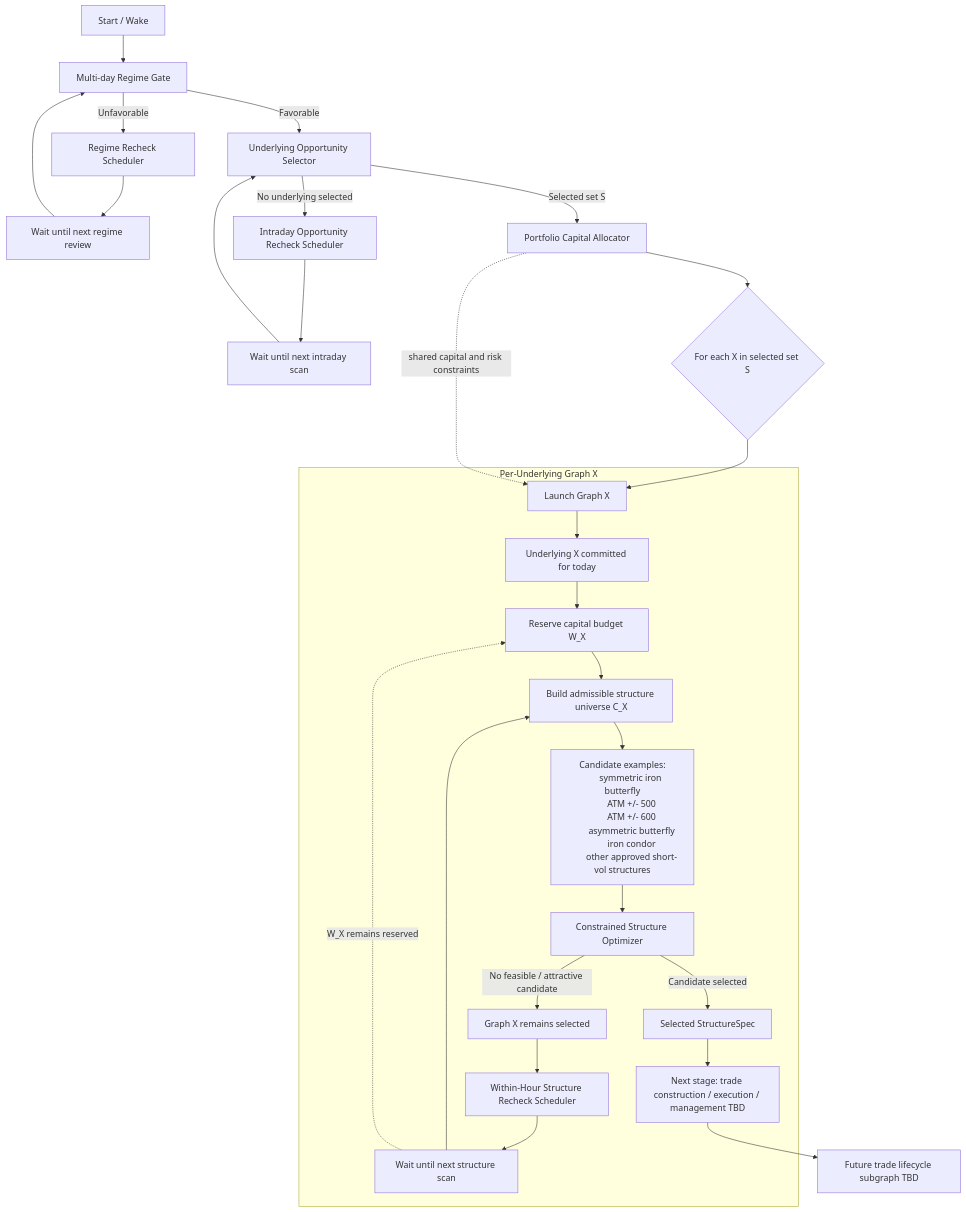
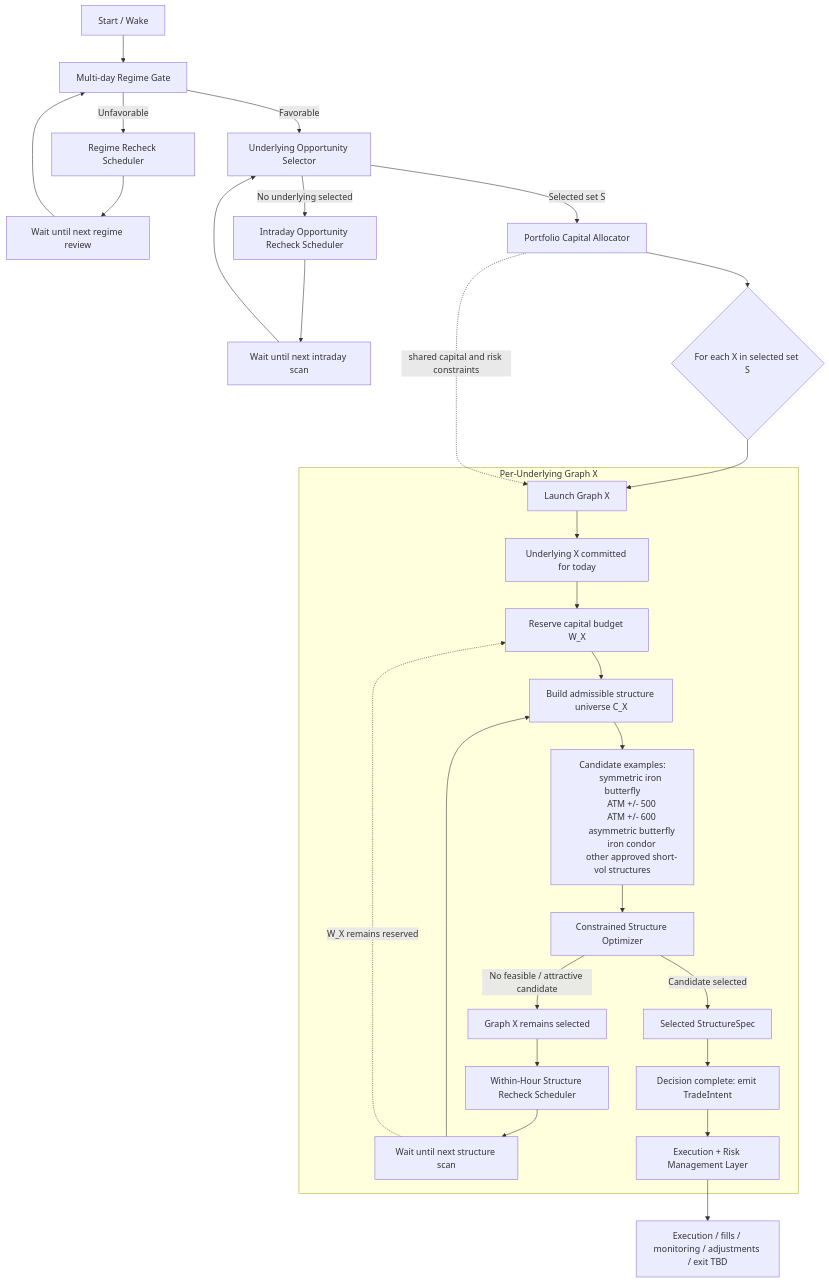
One commit to ayyararyan/volarb changed the diagram in docs/autonomous-butterfly-workflow.md. Above: the diagram before and after it, drawn with Mermaid. The commit also changed other lines of this file, not shown here.

Commit message:
Add execution and risk management handoff to workflow graph

````diff
--- a/docs/autonomous-butterfly-workflow.md
+++ b/docs/autonomous-butterfly-workflow.md
@@ -9,50 +9,51 @@
 ```mermaid
 flowchart TD
 
     A[Start / Wake] --> B[Multi-day Regime Gate]
 
     B -->|Unfavorable| C[Regime Recheck Scheduler]
     C --> D[Wait until next regime review]
     D --> B
 
     B -->|Favorable| E[Underlying Opportunity Selector]
 
     E -->|No underlying selected| F[Intraday Opportunity Recheck Scheduler]
     F --> G[Wait until next intraday scan]
     G --> E
 
     E -->|Selected set S| H[Portfolio Capital Allocator]
 
     H --> I{For each X in selected set S}
 
     I --> JX[Launch Graph X]
 
     subgraph GX["Per-Underlying Graph X"]
         JX --> KX[Underlying X committed for today]
         KX --> KXR[Reserve capital budget W_X]
         KXR --> LX[Build admissible structure universe C_X]
 
         LX --> MX["Candidate examples:
         symmetric iron butterfly
         ATM +/- 500
         ATM +/- 600
         asymmetric butterfly
         iron condor
         other approved short-vol structures"]
 
         MX --> NX[Constrained Structure Optimizer]
 
         NX -->|No feasible / attractive candidate| OX[Graph X remains selected]
         OX --> PX[Within-Hour Structure Recheck Scheduler]
         PX --> WX[Wait until next structure scan]
         WX --> LX
         WX -. W_X remains reserved .-> KXR
 
         NX -->|Candidate selected| QX[Selected StructureSpec]
-        QX --> RX[Next stage: trade construction / execution / management TBD]
+        QX --> DX[Decision complete: emit TradeIntent]
+        DX --> RX[Execution + Risk Management Layer]
     end
 
-    RX --> SX[Future trade lifecycle subgraph TBD]
+    RX --> SX[Execution / fills / monitoring / adjustments / exit TBD]
 
     H -. shared capital and risk constraints .-> JX
 ```
````
